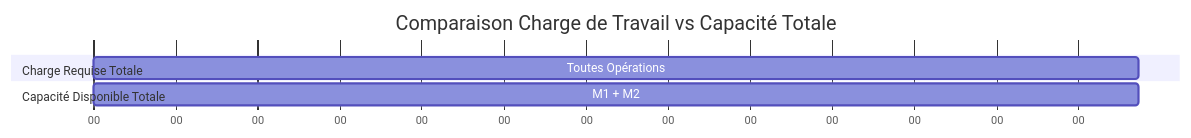
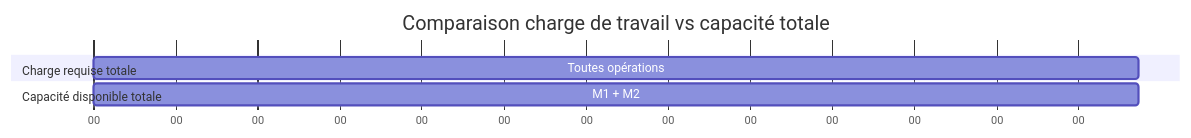
Before and after one commit to l3miage-tornambd/projet2025-ordonnancement: the first of 3 diagrams in RAPPORT.md, drawn with Mermaid. The commit also changed other lines of this file, not shown here.

````diff
--- a/RAPPORT.md
+++ b/RAPPORT.md
@@ -92,12 +92,12 @@
 ```mermaid
 gantt
-    title Comparaison Charge de Travail vs Capacité Totale
+    title Comparaison charge de travail vs capacité totale
     dateFormat mm
     axisFormat %M
     
-    section Charge Requise Totale
-    Toutes Opérations: 0, 22
+    section Charge requise totale
+    Toutes opérations: 0, 22
     
-    section Capacité Disponible Totale
+    section Capacité disponible totale
     M1 + M2: 0, 20
 ```
````
